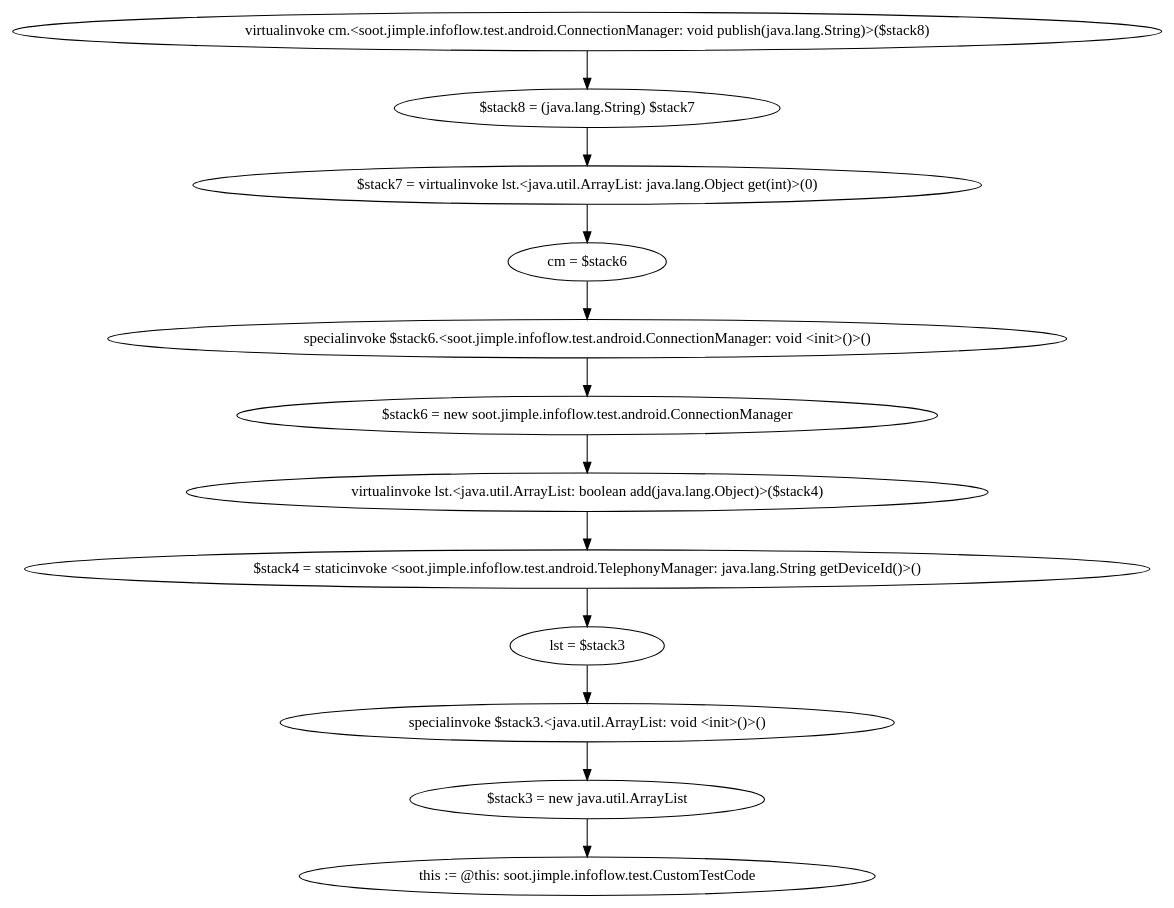
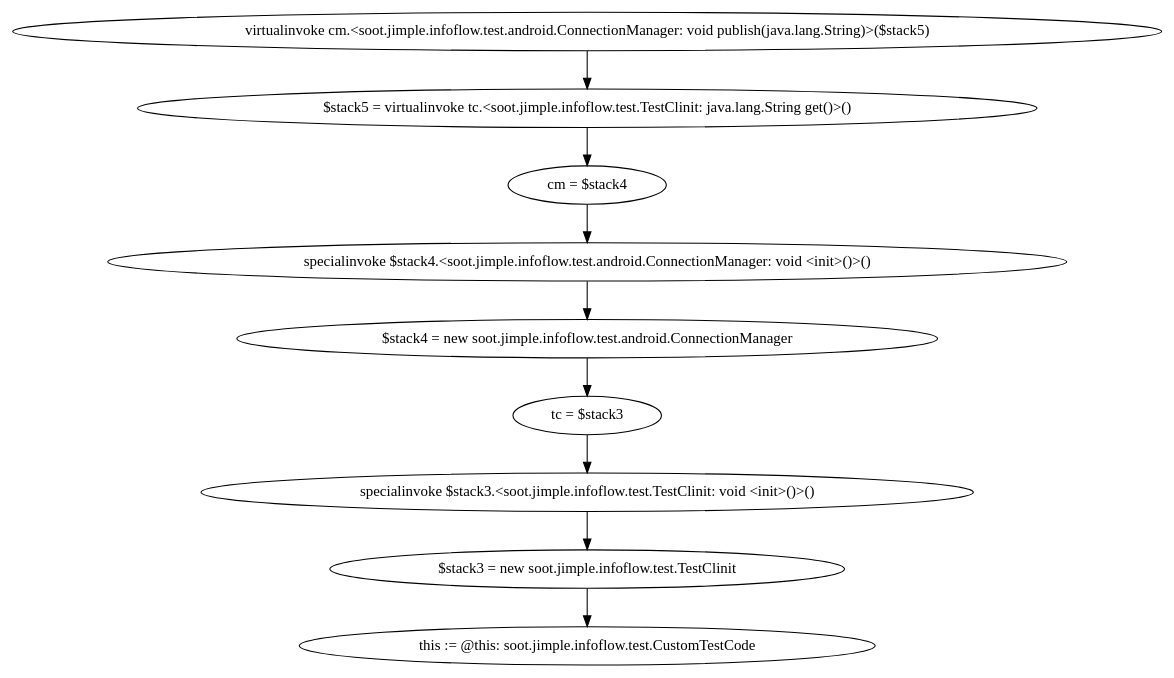
One commit to t1mlange/FlowDroid changed the diagram in soot-infoflow/dotfiles/0.dot. Above: the diagram before and after it, drawn with Graphviz. The commit also changed 13 other files, not shown here.

```diff
--- a/soot-infoflow/dotfiles/0.dot
+++ b/soot-infoflow/dotfiles/0.dot
@@ -1,25 +1,19 @@
 digraph "" {
-    "virtualinvoke cm.<soot.jimple.infoflow.test.android.ConnectionManager: void publish(java.lang.String)>($stack8)"
-    "$stack8 = (java.lang.String) $stack7"
-    "virtualinvoke cm.<soot.jimple.infoflow.test.android.ConnectionManager: void publish(java.lang.String)>($stack8)"->"$stack8 = (java.lang.String) $stack7";
-    "$stack7 = virtualinvoke lst.<java.util.ArrayList: java.lang.Object get(int)>(0)"
-    "$stack8 = (java.lang.String) $stack7"->"$stack7 = virtualinvoke lst.<java.util.ArrayList: java.lang.Object get(int)>(0)";
-    "cm = $stack6"
-    "$stack7 = virtualinvoke lst.<java.util.ArrayList: java.lang.Object get(int)>(0)"->"cm = $stack6";
-    "specialinvoke $stack6.<soot.jimple.infoflow.test.android.ConnectionManager: void <init>()>()"
-    "cm = $stack6"->"specialinvoke $stack6.<soot.jimple.infoflow.test.android.ConnectionManager: void <init>()>()";
-    "$stack6 = new soot.jimple.infoflow.test.android.ConnectionManager"
-    "specialinvoke $stack6.<soot.jimple.infoflow.test.android.ConnectionManager: void <init>()>()"->"$stack6 = new soot.jimple.infoflow.test.android.ConnectionManager";
-    "virtualinvoke lst.<java.util.ArrayList: boolean add(java.lang.Object)>($stack4)"
-    "$stack6 = new soot.jimple.infoflow.test.android.ConnectionManager"->"virtualinvoke lst.<java.util.ArrayList: boolean add(java.lang.Object)>($stack4)";
-    "$stack4 = staticinvoke <soot.jimple.infoflow.test.android.TelephonyManager: java.lang.String getDeviceId()>()"
-    "virtualinvoke lst.<java.util.ArrayList: boolean add(java.lang.Object)>($stack4)"->"$stack4 = staticinvoke <soot.jimple.infoflow.test.android.TelephonyManager: java.lang.String getDeviceId()>()";
-    "lst = $stack3"
-    "$stack4 = staticinvoke <soot.jimple.infoflow.test.android.TelephonyManager: java.lang.String getDeviceId()>()"->"lst = $stack3";
-    "specialinvoke $stack3.<java.util.ArrayList: void <init>()>()"
-    "lst = $stack3"->"specialinvoke $stack3.<java.util.ArrayList: void <init>()>()";
-    "$stack3 = new java.util.ArrayList"
-    "specialinvoke $stack3.<java.util.ArrayList: void <init>()>()"->"$stack3 = new java.util.ArrayList";
+    "virtualinvoke cm.<soot.jimple.infoflow.test.android.ConnectionManager: void publish(java.lang.String)>($stack5)"
+    "$stack5 = virtualinvoke tc.<soot.jimple.infoflow.test.TestClinit: java.lang.String get()>()"
+    "virtualinvoke cm.<soot.jimple.infoflow.test.android.ConnectionManager: void publish(java.lang.String)>($stack5)"->"$stack5 = virtualinvoke tc.<soot.jimple.infoflow.test.TestClinit: java.lang.String get()>()";
+    "cm = $stack4"
+    "$stack5 = virtualinvoke tc.<soot.jimple.infoflow.test.TestClinit: java.lang.String get()>()"->"cm = $stack4";
+    "specialinvoke $stack4.<soot.jimple.infoflow.test.android.ConnectionManager: void <init>()>()"
+    "cm = $stack4"->"specialinvoke $stack4.<soot.jimple.infoflow.test.android.ConnectionManager: void <init>()>()";
+    "$stack4 = new soot.jimple.infoflow.test.android.ConnectionManager"
+    "specialinvoke $stack4.<soot.jimple.infoflow.test.android.ConnectionManager: void <init>()>()"->"$stack4 = new soot.jimple.infoflow.test.android.ConnectionManager";
+    "tc = $stack3"
+    "$stack4 = new soot.jimple.infoflow.test.android.ConnectionManager"->"tc = $stack3";
+    "specialinvoke $stack3.<soot.jimple.infoflow.test.TestClinit: void <init>()>()"
+    "tc = $stack3"->"specialinvoke $stack3.<soot.jimple.infoflow.test.TestClinit: void <init>()>()";
+    "$stack3 = new soot.jimple.infoflow.test.TestClinit"
+    "specialinvoke $stack3.<soot.jimple.infoflow.test.TestClinit: void <init>()>()"->"$stack3 = new soot.jimple.infoflow.test.TestClinit";
     "this := @this: soot.jimple.infoflow.test.CustomTestCode"
-    "$stack3 = new java.util.ArrayList"->"this := @this: soot.jimple.infoflow.test.CustomTestCode";
+    "$stack3 = new soot.jimple.infoflow.test.TestClinit"->"this := @this: soot.jimple.infoflow.test.CustomTestCode";
 }
```
